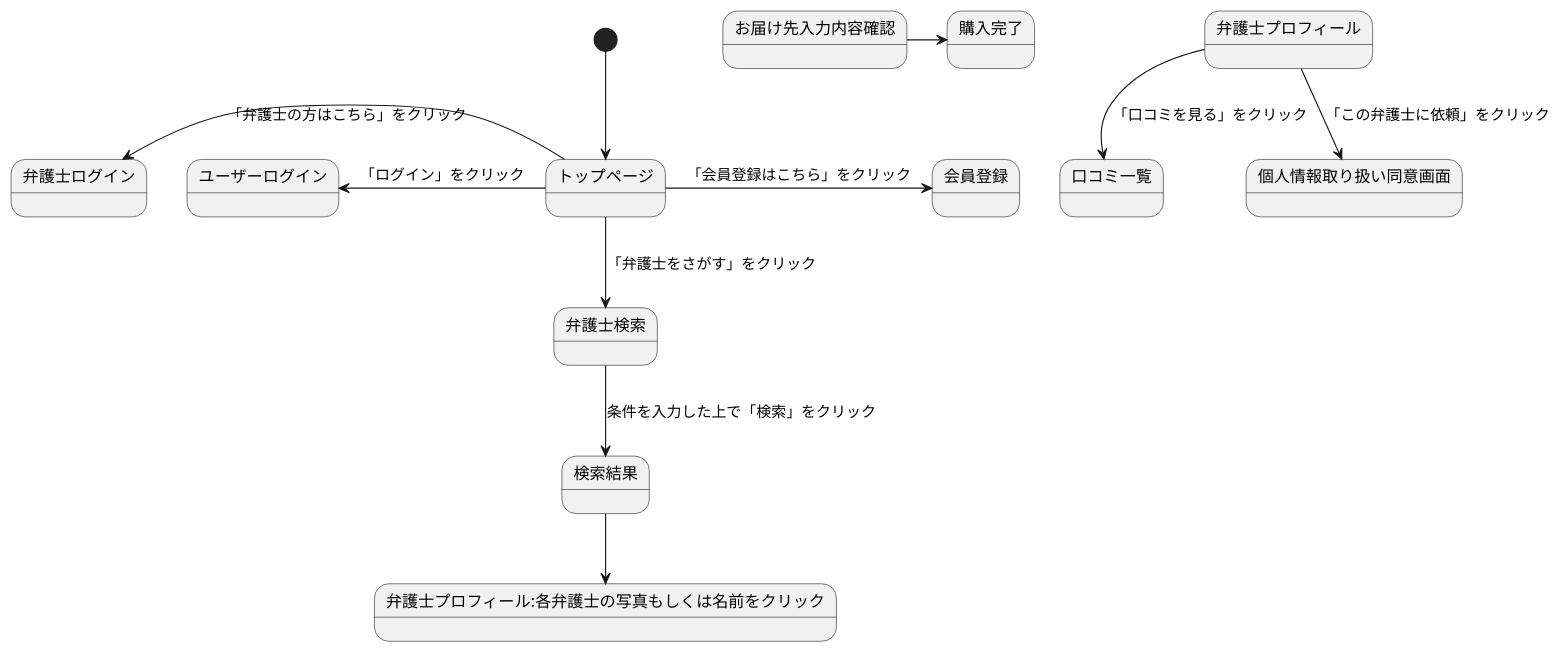
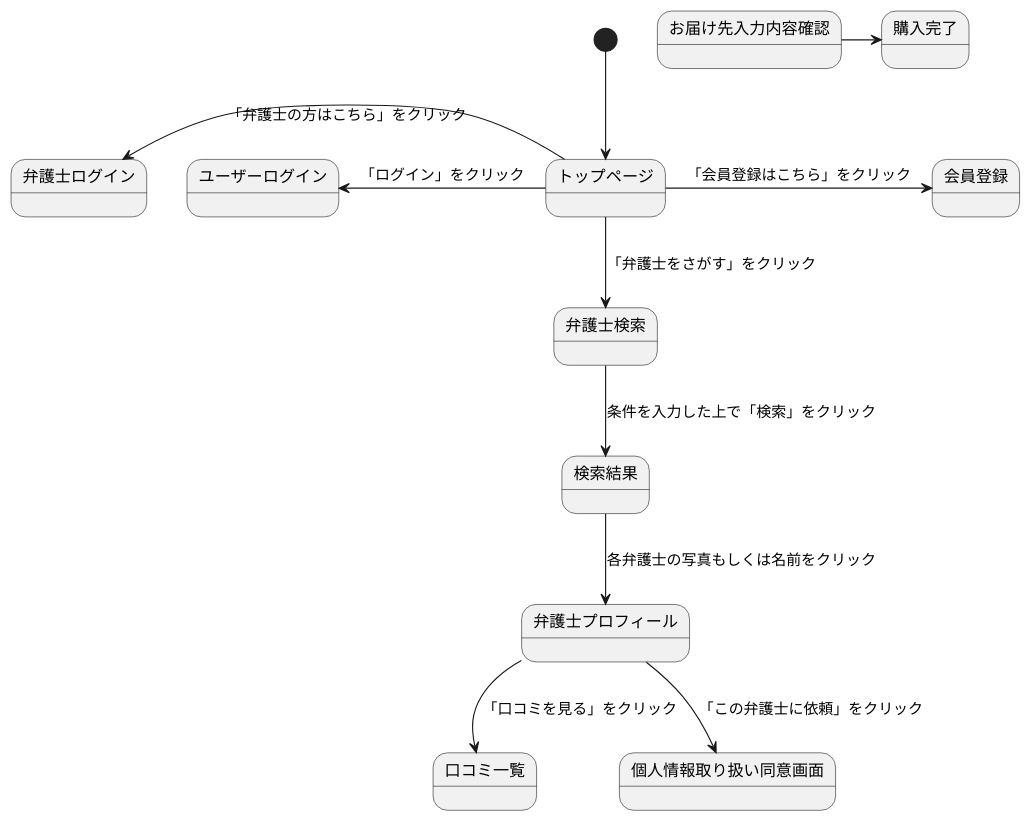
The diagram in 0524kadai.md (Aso2001374/2021sys-design), drawn with PlantUML before and after one commit.

````diff
--- a/0524kadai.md
+++ b/0524kadai.md
@@ -1,14 +1,14 @@
 ```uml
 @startuml
 [*] --> トップページ
 トップページ -> 会員登録:「会員登録はこちら」をクリック
 トップページ -left-> ユーザーログイン:「ログイン」をクリック
 トップページ -left-> 弁護士ログイン:「弁護士の方はこちら」をクリック
 トップページ --> 弁護士検索:「弁護士をさがす」をクリック
-弁護士検索 --> 検索結果:条件を入力した上で「検索」をクリック
-検索結果 --> 弁護士プロフィール:各弁護士の写真もしくは名前をクリック
+弁護士検索 --> 検索結果: 条件を入力した上で「検索」をクリック
+検索結果 --> 弁護士プロフィール: 各弁護士の写真もしくは名前をクリック
 弁護士プロフィール --> 口コミ一覧:「口コミを見る」をクリック
 弁護士プロフィール --> 個人情報取り扱い同意画面:「この弁護士に依頼」をクリック
 お届け先入力内容確認 -> 購入完了
 @enduml
 ```
````
